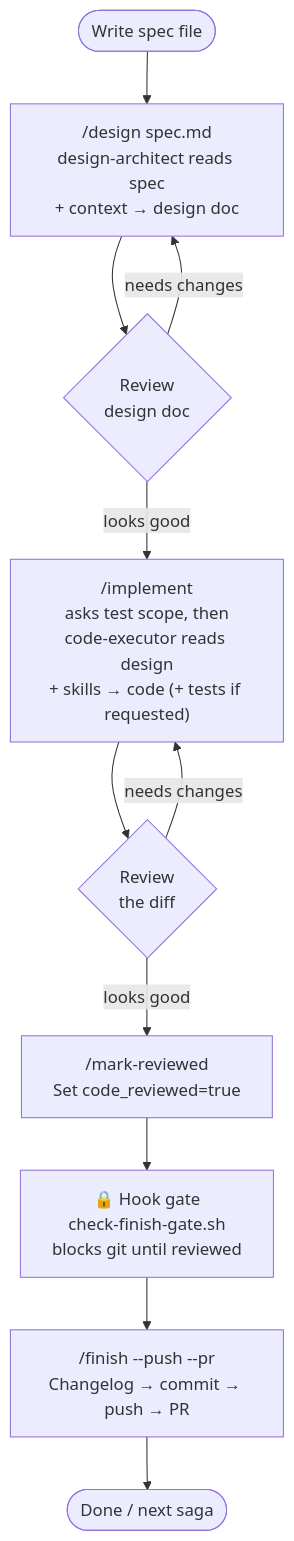
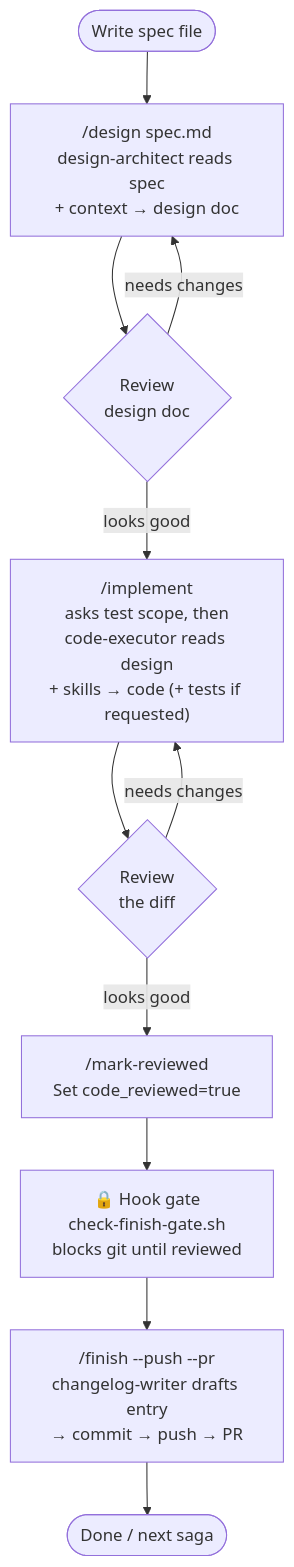
Before and after one commit to thepipeman/saga: the diagram in README.md, drawn with Mermaid. The commit also changed other lines of this file and 5 other files, not shown here.

````diff
--- a/README.md
+++ b/README.md
@@ -106,13 +106,13 @@
 ```mermaid
 flowchart TD
     A([Write spec file]) --> B["/design spec.md\ndesign-architect reads spec\n+ context → design doc"]
     B --> C{Review\ndesign doc}
     C -- needs changes --> B
     C -- looks good --> F["/implement\nasks test scope, then\ncode-executor reads design\n+ skills → code (+ tests if requested)"]
     F --> G{Review\nthe diff}
     G -- needs changes --> F
     G -- looks good --> H["/mark-reviewed\nSet code_reviewed=true"]
     H --> I["🔒 Hook gate\ncheck-finish-gate.sh\nblocks git until reviewed"]
-    I --> J["/finish --push --pr\nChangelog → commit → push → PR"]
+    I --> J["/finish --push --pr\nchangelog-writer drafts entry\n→ commit → push → PR"]
     J --> K([Done / next saga])
 ```
````
